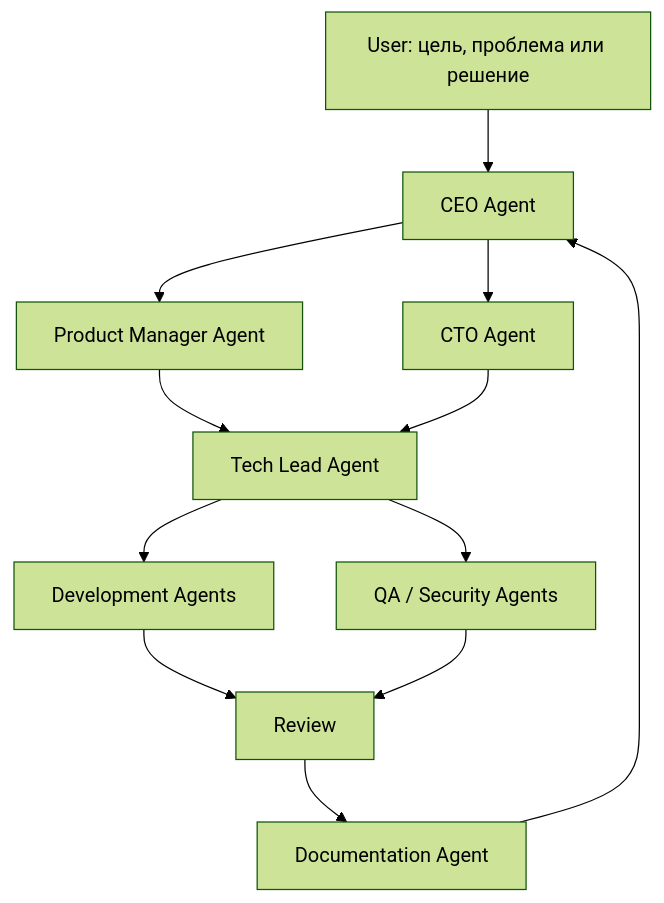
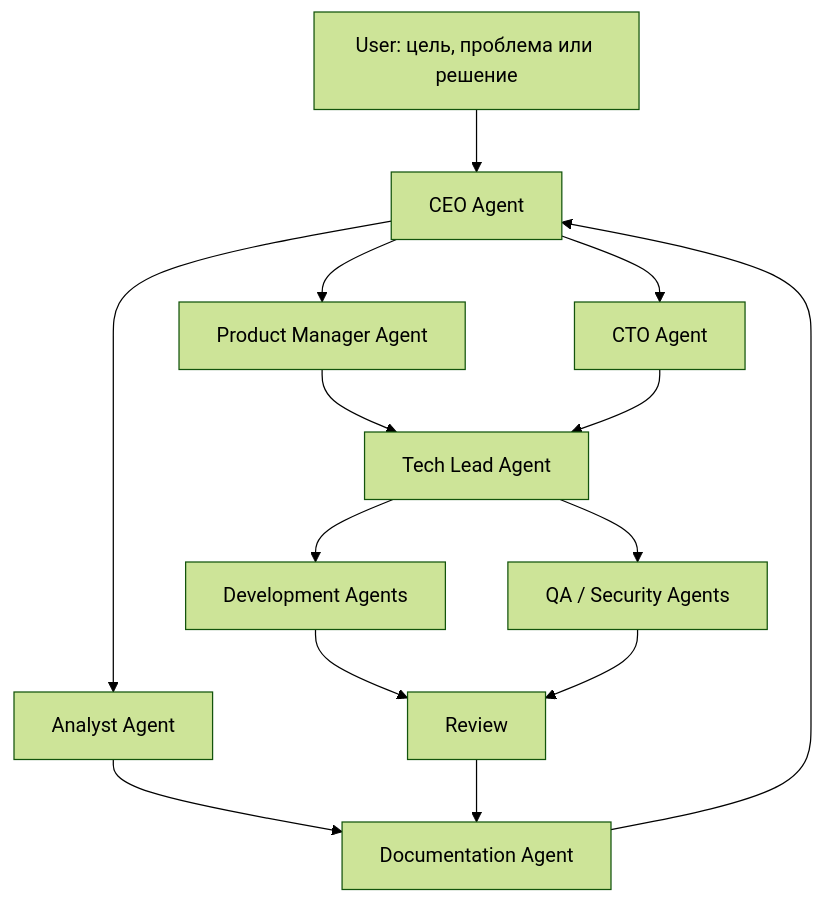
Before and after one commit to NDK-Games/docs: the diagram in 02-team/people/TEAM.md, drawn with Mermaid (forest theme). The commit also changed other lines of this file and 14 other files, not shown here.

Commit message:
Добавить Analyst Agent и регламент аналитики

````diff
--- a/02-team/people/TEAM.md
+++ b/02-team/people/TEAM.md
@@ -15,14 +15,16 @@
 ```mermaid
 flowchart TD
     U["User: цель, проблема или решение"] --> CEO["CEO Agent"]
     CEO --> PM["Product Manager Agent"]
     CEO --> CTO["CTO Agent"]
+    CEO --> ANALYST["Analyst Agent"]
     PM --> TL["Tech Lead Agent"]
     CTO --> TL
+    ANALYST --> DOC["Documentation Agent"]
     TL --> DEV["Development Agents"]
     TL --> QA["QA / Security Agents"]
     DEV --> REVIEW["Review"]
     QA --> REVIEW
-    REVIEW --> DOC["Documentation Agent"]
+    REVIEW --> DOC
     DOC --> CEO
 ```
````
